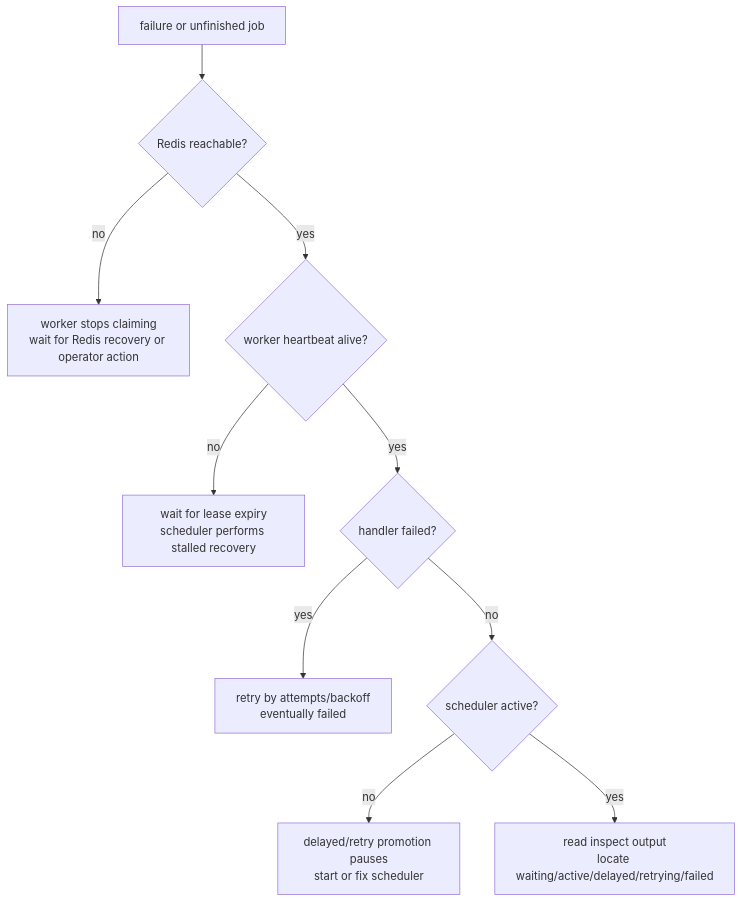
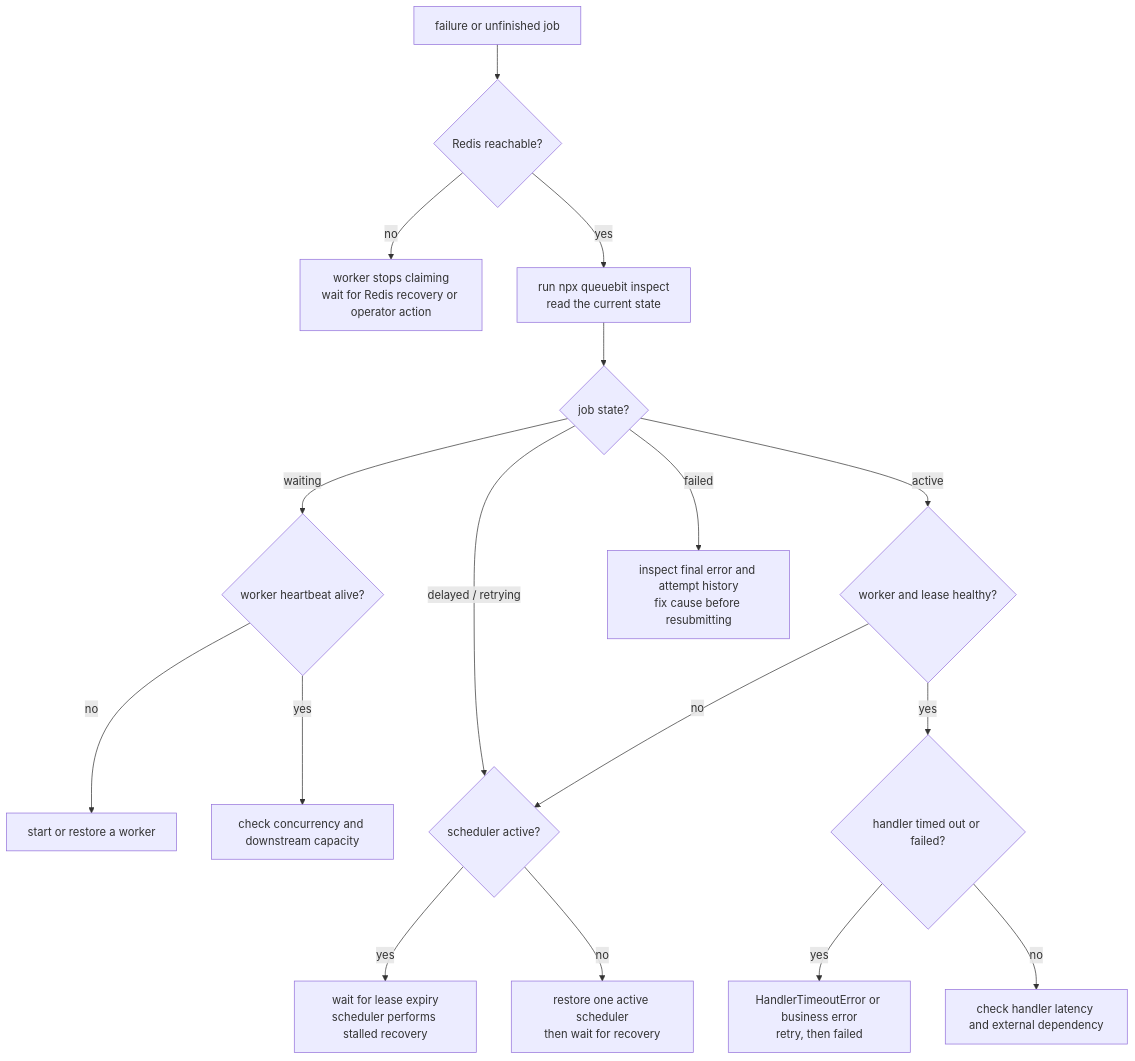
Before and after one commit to vextjs/queuebit: the diagram in docs/en/failure-modes.md, drawn with Mermaid. The commit also changed other lines of this file and 169 other files, not shown here.

````diff
--- a/docs/en/failure-modes.md
+++ b/docs/en/failure-modes.md
@@ -22,12 +26,19 @@
 ```mermaid
 flowchart TD
   Failure["failure or unfinished job"] --> RedisCheck{"Redis reachable?"}
   RedisCheck -- "no" --> StopClaim["worker stops claiming<br/>wait for Redis recovery or operator action"]
-  RedisCheck -- "yes" --> WorkerCheck{"worker heartbeat alive?"}
-  WorkerCheck -- "no" --> Stalled["wait for lease expiry<br/>scheduler performs stalled recovery"]
-  WorkerCheck -- "yes" --> HandlerCheck{"handler failed?"}
-  HandlerCheck -- "yes" --> Retry["retry by attempts/backoff<br/>eventually failed"]
-  HandlerCheck -- "no" --> SchedulerCheck{"scheduler active?"}
-  SchedulerCheck -- "no" --> DelayedStop["delayed/retry promotion pauses<br/>start or fix scheduler"]
-  SchedulerCheck -- "yes" --> Inspect["read inspect output<br/>locate waiting/active/delayed/retrying/failed"]
+  RedisCheck -- "yes" --> Inspect["run npx queuebit inspect<br/>read the current state"]
+  Inspect --> State{"job state?"}
+  State -- "waiting" --> WorkerCheck{"worker heartbeat alive?"}
+  WorkerCheck -- "no" --> StartWorker["start or restore a worker"]
+  WorkerCheck -- "yes" --> Capacity["check concurrency and downstream capacity"]
+  State -- "active" --> LeaseCheck{"worker and lease healthy?"}
+  LeaseCheck -- "no" --> SchedulerCheck{"scheduler active?"}
+  SchedulerCheck -- "yes" --> Stalled["wait for lease expiry<br/>scheduler performs stalled recovery"]
+  SchedulerCheck -- "no" --> RestoreScheduler["restore one active scheduler<br/>then wait for recovery"]
+  LeaseCheck -- "yes" --> HandlerCheck{"handler timed out or failed?"}
+  HandlerCheck -- "yes" --> Retry["HandlerTimeoutError or business error<br/>retry, then failed"]
+  HandlerCheck -- "no" --> LongRun["check handler latency and external dependency"]
+  State -- "delayed / retrying" --> SchedulerCheck
+  State -- "failed" --> Runbook["inspect final error and attempt history<br/>fix cause before resubmitting"]
 ```
````
